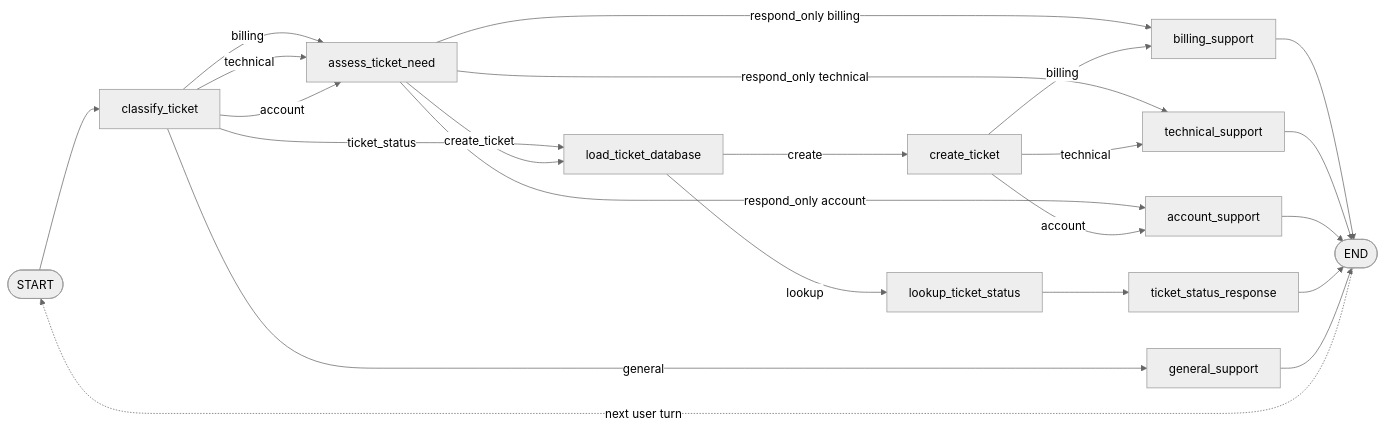
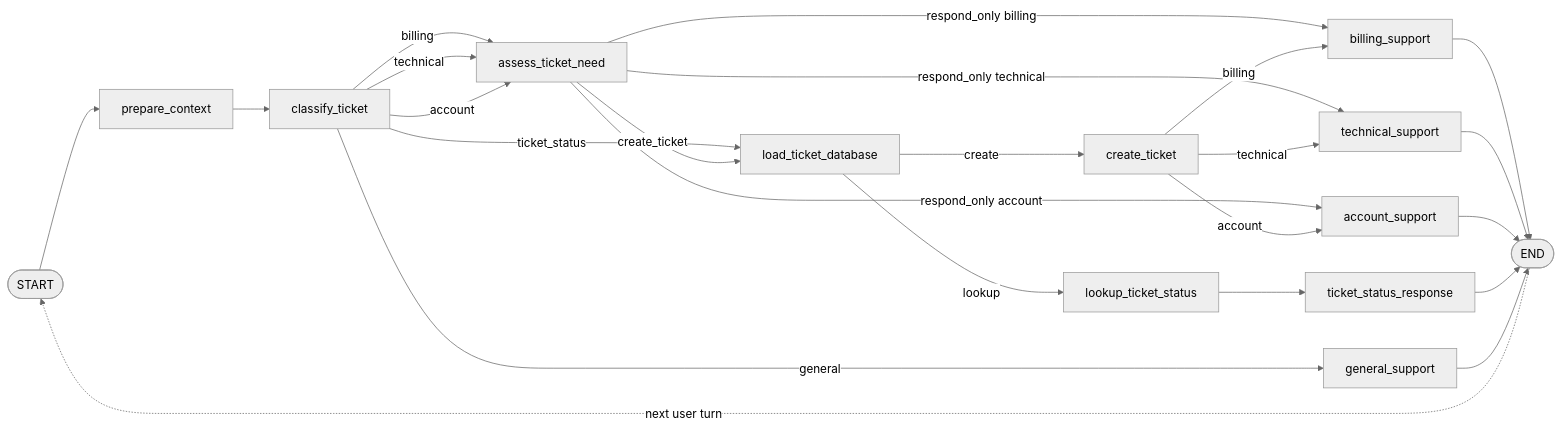
The diagram in README.md (mveron/langgraph-support-intent-chatbot), drawn with Mermaid (neutral theme) before and after one commit. The commit also changed other lines of this file and 9 other files, not shown here.

````diff
--- a/README.md
+++ b/README.md
@@ -20,25 +21,26 @@
 ```mermaid
 flowchart LR
-    START([START]) --> classify_ticket[classify_ticket]
+    START([START]) --> prepare_context[prepare_context]
+    prepare_context --> classify_ticket[classify_ticket]
     classify_ticket -->|billing| assess_ticket_need[assess_ticket_need]
     classify_ticket -->|technical| assess_ticket_need
     classify_ticket -->|account| assess_ticket_need
     classify_ticket -->|ticket_status| load_ticket_database[load_ticket_database]
     classify_ticket -->|general| general_support[general_support]
     assess_ticket_need -->|create_ticket| load_ticket_database
     assess_ticket_need -->|respond_only billing| billing_support[billing_support]
     assess_ticket_need -->|respond_only technical| technical_support[technical_support]
     assess_ticket_need -->|respond_only account| account_support[account_support]
     load_ticket_database -->|create| create_ticket[create_ticket]
     create_ticket -->|billing| billing_support
     create_ticket -->|technical| technical_support
     create_ticket -->|account| account_support
     billing_support --> END([END])
     technical_support --> END
     account_support --> END
     load_ticket_database -->|lookup| lookup_ticket_status[lookup_ticket_status]
     lookup_ticket_status --> ticket_status_response[ticket_status_response]
     ticket_status_response --> END
     general_support --> END
     END -. next user turn .-> START
 ```
````
